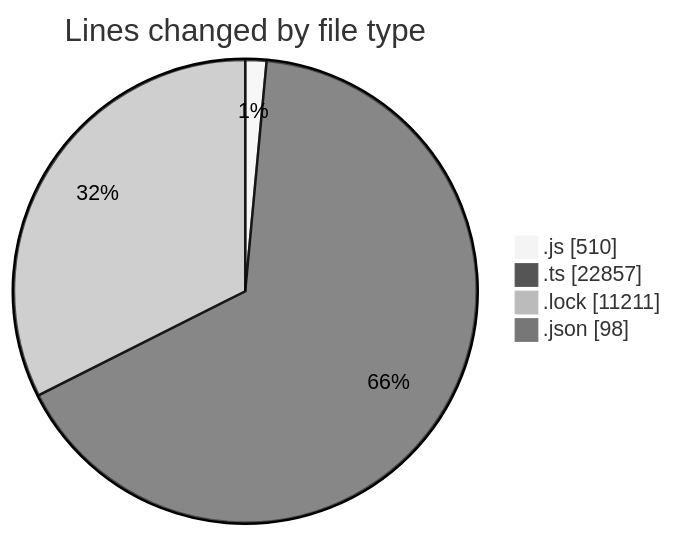
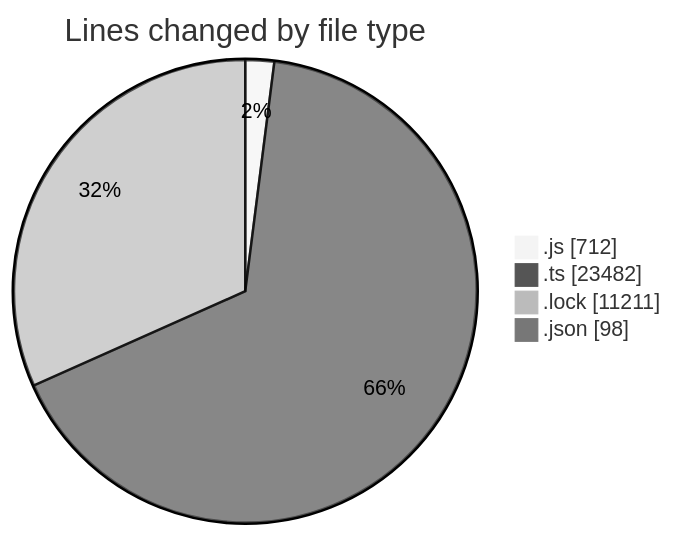
The first of 2 diagrams in 2025-05-27/cda/README.md (momahboobian/code-tracking), drawn with Mermaid (neutral theme) before and after one commit. The commit also changed other lines of this file and 1 other file, not shown here.

````diff
--- a/2025-05-27/cda/README.md
+++ b/2025-05-27/cda/README.md
@@ -32,8 +34,8 @@
 ```mermaid
 pie showData
 title Lines changed by file type
-".js" : 510
-".ts" : 22857
+".js" : 712
+".ts" : 23482
 ".lock" : 11211
 ".json" : 98
 ```
````
